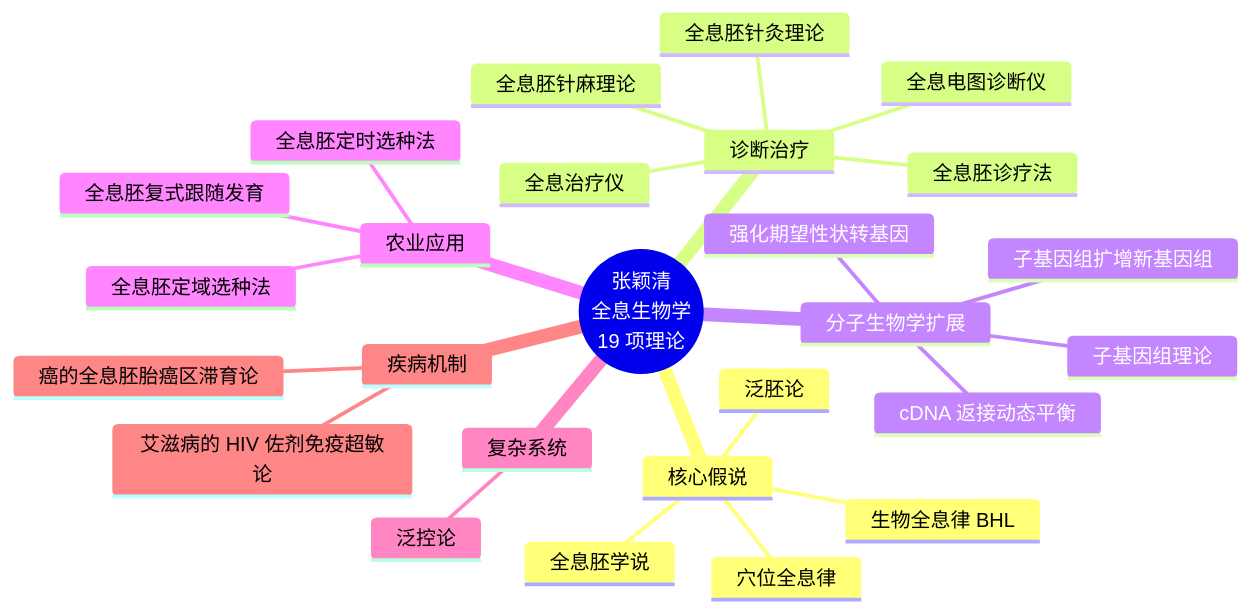
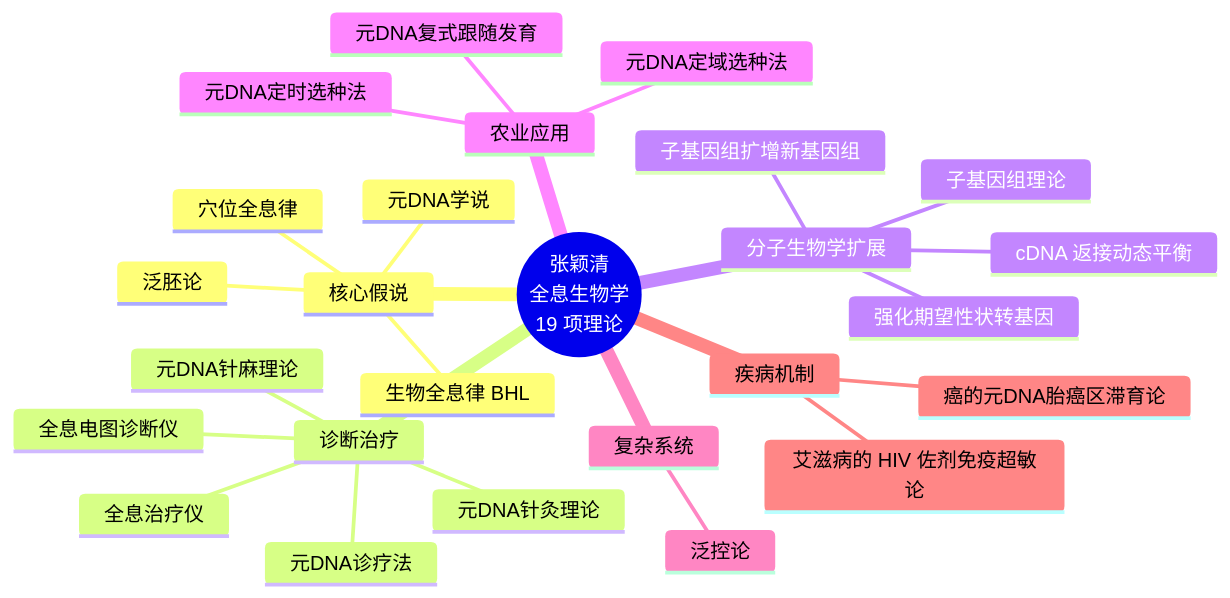
Before and after one commit to laimengjun/holographic-biology: the second of 5 diagrams in technical/F-zhang-yingqing-holographic-biology/review-draft.md, drawn with Mermaid. The commit also changed other lines of this file and 113 other files, not shown here.

````diff
--- a/technical/F-zhang-yingqing-holographic-biology/review-draft.md
+++ b/technical/F-zhang-yingqing-holographic-biology/review-draft.md
@@ -79,29 +79,29 @@
 ```mermaid
 mindmap
     root((张颖清<br/>全息生物学<br/>19 项理论))
         核心假说
-            全息胚学说
+            元DNA学说
             生物全息律 BHL
             穴位全息律
             泛胚论
         诊断治疗
-            全息胚诊疗法
+            元DNA诊疗法
             全息电图诊断仪
             全息治疗仪
-            全息胚针灸理论
-            全息胚针麻理论
+            元DNA针灸理论
+            元DNA针麻理论
         分子生物学扩展
             cDNA 返接动态平衡
             子基因组理论
             子基因组扩增新基因组
             强化期望性状转基因
         农业应用
-            全息胚定域选种法
-            全息胚定时选种法
-            全息胚复式跟随发育
+            元DNA定域选种法
+            元DNA定时选种法
+            元DNA复式跟随发育
         复杂系统
             泛控论
         疾病机制
-            癌的全息胚胎癌区滞育论
+            癌的元DNA胎癌区滞育论
             艾滋病的 HIV 佐剂免疫超敏论
 ```
````
